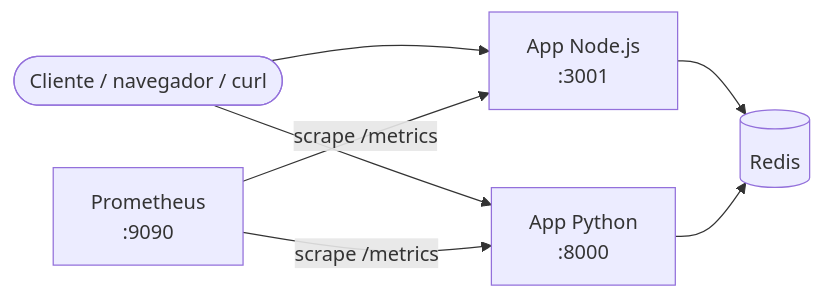
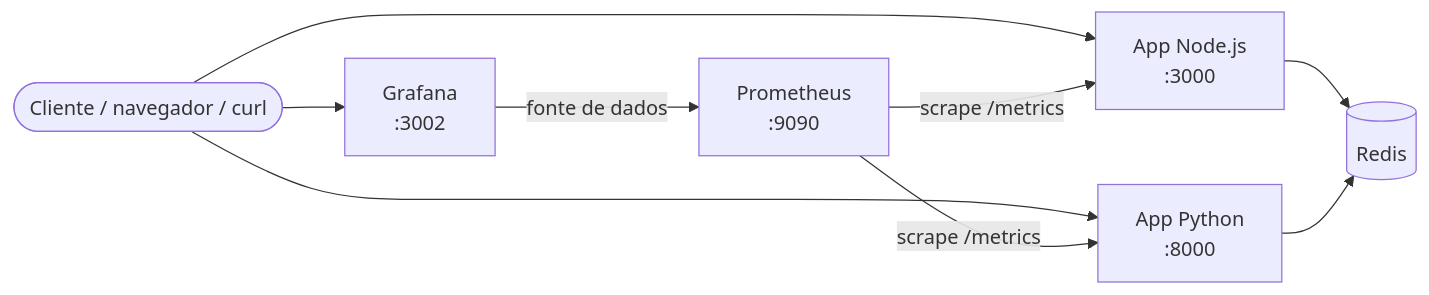
Before and after one commit to rodolfocostab/desafio-conquestone: the first of 3 diagrams in docs/arquitetura.md, drawn with Mermaid. The commit also changed other lines of this file and 14 other files, not shown here.

````diff
--- a/docs/arquitetura.md
+++ b/docs/arquitetura.md
@@ -5,15 +7,18 @@
 ```mermaid
 flowchart LR
   Client([Cliente / navegador / curl])
-  PN["App Node.js\n:3001"]
+  PN["App Node.js\n:3000"]
   PP["App Python\n:8000"]
   R[(Redis)]
   P[Prometheus\n:9090]
+  G[Grafana\n:3002]
 
   Client --> PN
   Client --> PP
+  Client --> G
   PN --> R
   PP --> R
   P -->|scrape /metrics| PN
   P -->|scrape /metrics| PP
+  G -->|fonte de dados| P
 ```
````
